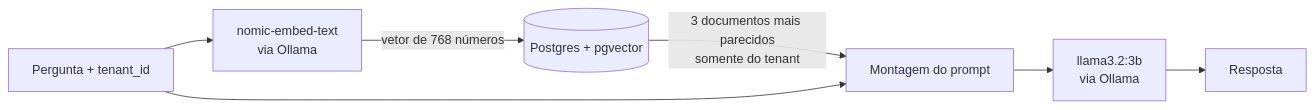
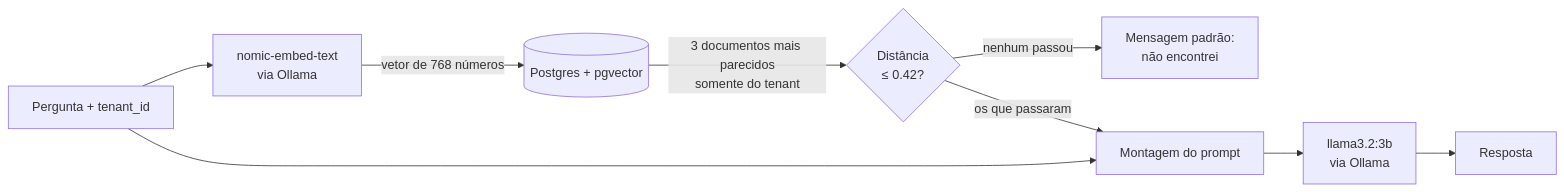
The first of 2 diagrams in README.md (carloshfa/ai-platform-engineer), drawn with Mermaid before and after one commit. The commit also changed other lines of this file and 3 other files, not shown here.

````diff
--- a/README.md
+++ b/README.md
@@ -23,9 +23,11 @@
 ```mermaid
 flowchart LR
     Q[Pergunta + tenant_id] --> E[nomic-embed-text<br/>via Ollama]
     E -->|vetor de 768 números| P[(Postgres + pgvector)]
-    P -->|3 documentos mais parecidos<br/>somente do tenant| B[Montagem do prompt]
+    P -->|3 documentos mais parecidos<br/>somente do tenant| F{Distância<br/>≤ 0.42?}
+    F -->|nenhum passou| N[Mensagem padrão:<br/>não encontrei]
+    F -->|os que passaram| B[Montagem do prompt]
     Q --> B
     B --> L[llama3.2:3b<br/>via Ollama]
     L --> R[Resposta]
 ```
````
